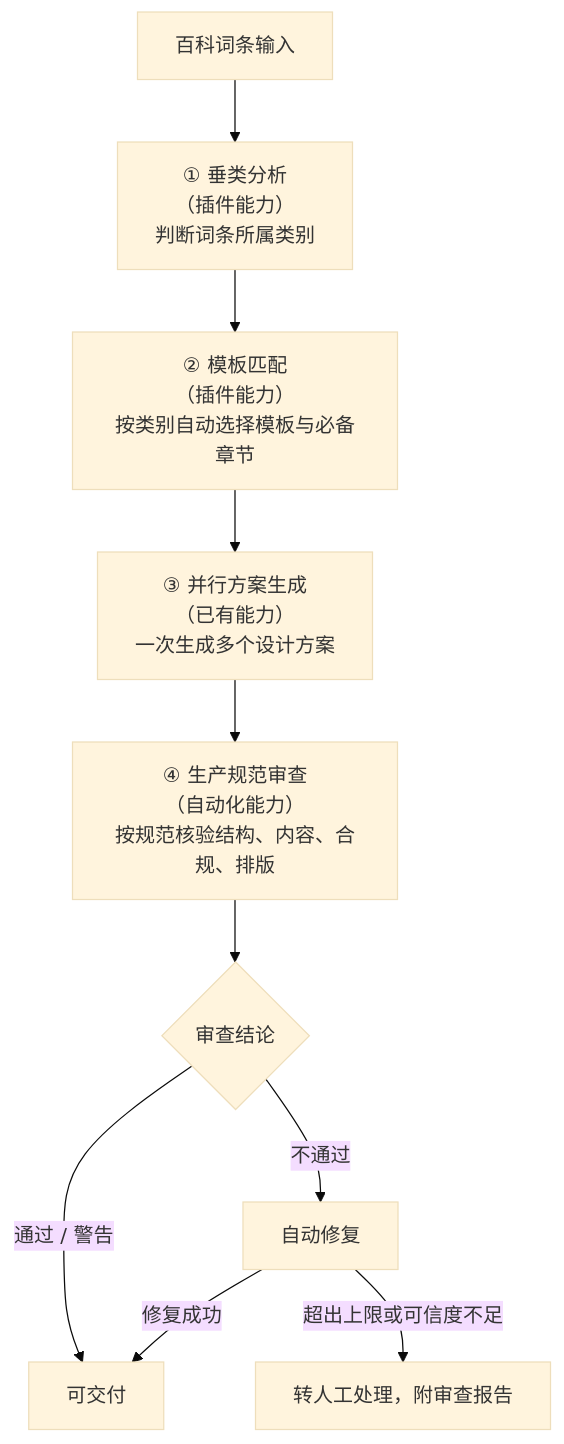
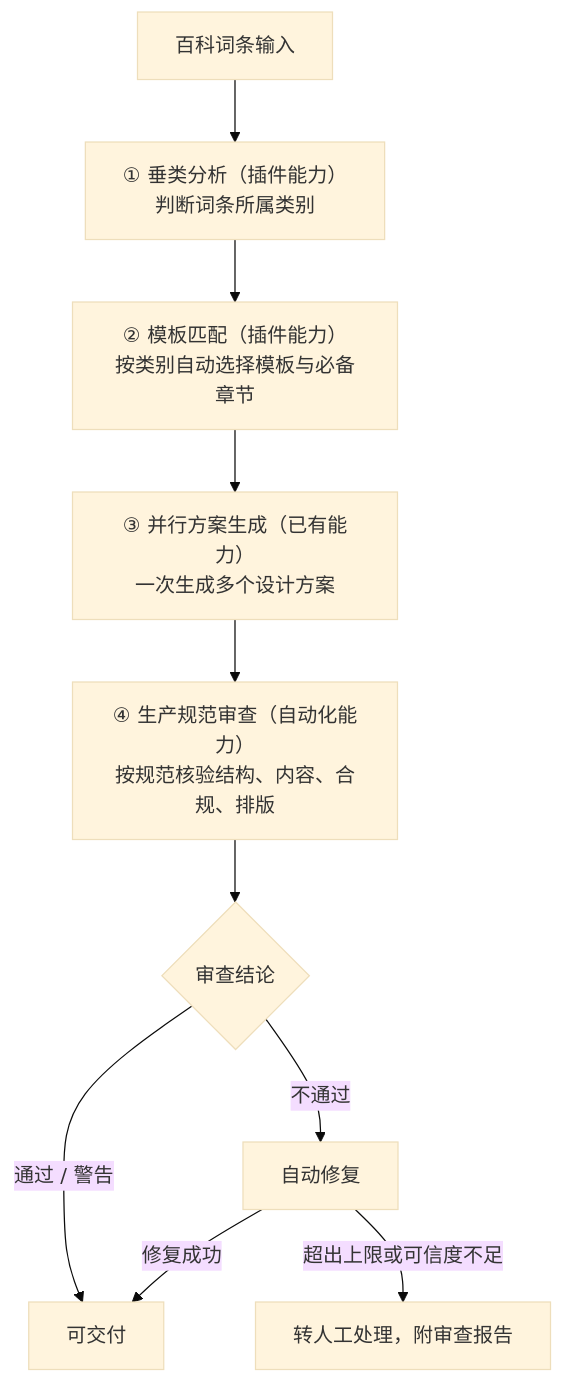
The diagram in docs/weekly-feature-roadmap.md (SuTang-vain/DUDesign), drawn with Mermaid (base theme) before and after one commit. The commit also changed other lines of this file and 24 other files, not shown here.

````diff
--- a/docs/weekly-feature-roadmap.md
+++ b/docs/weekly-feature-roadmap.md
@@ -43,12 +44,12 @@
 ```mermaid
 flowchart TD
   E[百科词条输入] --> A
-  A["① 垂类分析<br/>（插件能力）<br/>判断词条所属类别"] --> B
-  B["② 模板匹配<br/>（插件能力）<br/>按类别自动选择模板与必备章节"] --> C
-  C["③ 并行方案生成<br/>（已有能力）<br/>一次生成多个设计方案"] --> D
-  D["④ 生产规范审查<br/>（自动化能力）<br/>按规范核验结构、内容、合规、排版"] --> R{审查结论}
+  A["① 垂类分析（插件能力）<br/>判断词条所属类别"] --> B
+  B["② 模板匹配（插件能力）<br/>按类别自动选择模板与必备章节"] --> C
+  C["③ 并行方案生成（已有能力）<br/>一次生成多个设计方案"] --> D
+  D["④ 生产规范审查（自动化能力）<br/>按规范核验结构、内容、合规、排版"] --> R{审查结论}
   R -->|通过 / 警告| P[可交付]
   R -->|不通过| F[自动修复]
   F -->|修复成功| P
   F -->|超出上限或可信度不足| H[转人工处理，附审查报告]
 ```
````
